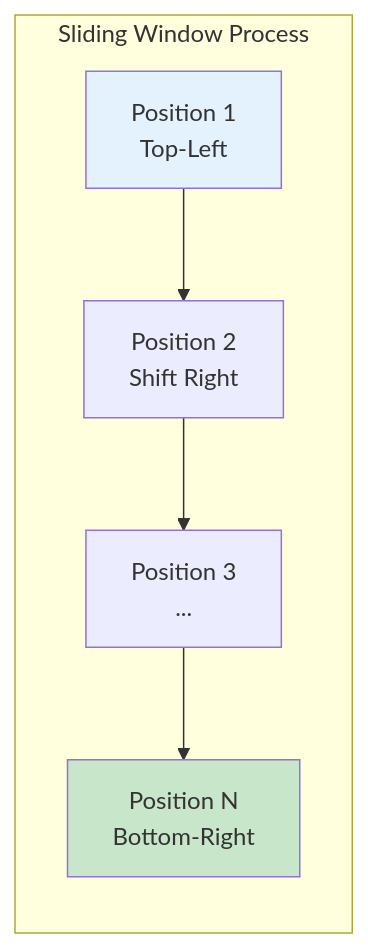
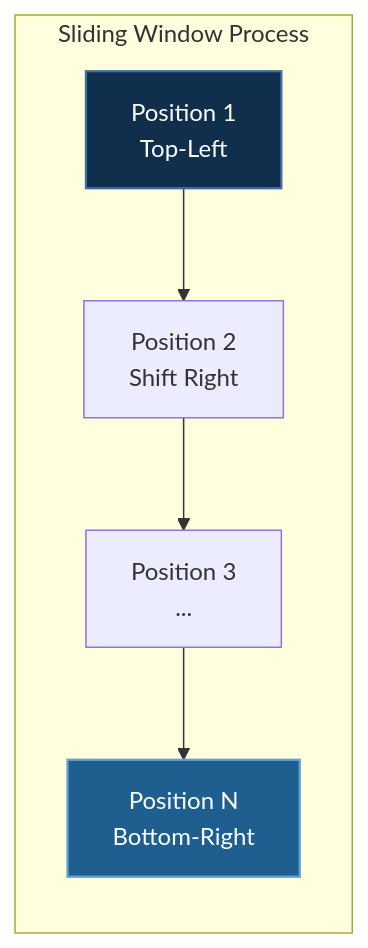
One commit to yiqiao-yin/deepspeed-course changed the third of 14 diagrams in docusaurus-docs/docs/tutorials/basic/convnet.md. Above: the diagram before and after it, drawn with Mermaid. The commit also changed other lines of this file and 12 other files, not shown here.

````diff
--- a/docusaurus-docs/docs/tutorials/basic/convnet.md
+++ b/docusaurus-docs/docs/tutorials/basic/convnet.md
@@ -120,15 +120,15 @@
 ```mermaid
 flowchart LR
     subgraph "Sliding Window Process"
         direction TB
         P1["Position 1<br/>Top-Left"]
         P2["Position 2<br/>Shift Right"]
         P3["Position 3<br/>..."]
         P4["Position N<br/>Bottom-Right"]
     end
 
     P1 --> P2 --> P3 --> P4
 
-    style P1 fill:#e3f2fd
-    style P4 fill:#c8e6c9
+    style P1 fill:#0f2f4d,stroke:#3f6f9f,stroke-width:1.5px,color:#ffffff
+    style P4 fill:#1e5f8f,stroke:#63a3d0,stroke-width:1.5px,color:#ffffff
 ```
````
